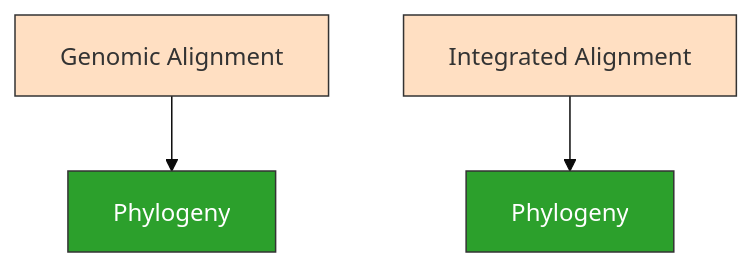
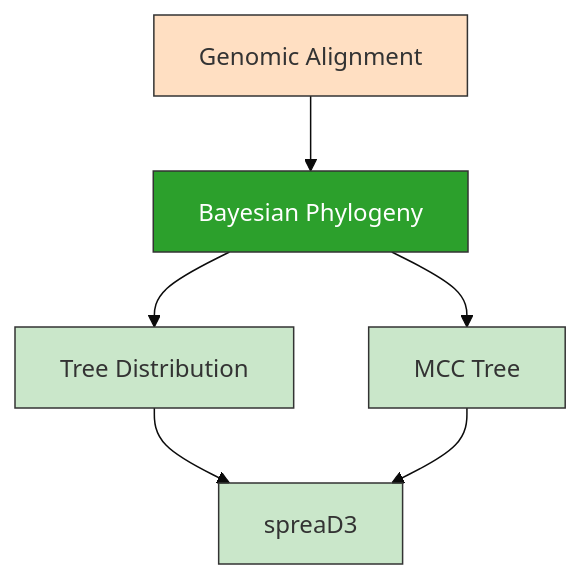
The third of 3 diagrams in phd/Sampling Bias Experiment.md (ktmeaton/obsidian-public), drawn with Mermaid (base theme) before and after one commit. The commit also changed other lines of this file and 8 other files, not shown here.

````diff
--- a/phd/Sampling Bias Experiment.md
+++ b/phd/Sampling Bias Experiment.md
@@ -131,18 +131,23 @@
 ```mermaid
 graph TD;
 
 4;
-5;
 4-->7;
-5-->8;
+7-->9;
+7-->10;
+9-->11;
+10-->11;
 
 4[Genomic Alignment];
-5[Integrated Alignment];
-7[Phylogeny]
-8[Phylogeny]
+7[Bayesian Phylogeny]
+9[Tree Distribution]
+10[MCC Tree]
+11[spreaD3]
+
 
 style 4 fill:#ff7f0e,stroke:#333,stroke-width:1px,fill-opacity:0.25;
-style 5 fill:#ff7f0e,stroke:#333,stroke-width:1px,fill-opacity:0.25;
 style 7 fill:#2ca02c,stroke:#333,stroke-width:1px,fill-opacity:1,color:white
-style 8 fill:#2ca02c,stroke:#333,stroke-width:1px,fill-opacity:1,color:white
+style 9 fill:#2ca02c,stroke:#333,stroke-width:1px,fill-opacity:0.25
+style 10 fill:#2ca02c,stroke:#333,stroke-width:1px,fill-opacity:0.25
+style 11 fill:#2ca02c,stroke:#333,stroke-width:1px,fill-opacity:0.25
 ```
````
